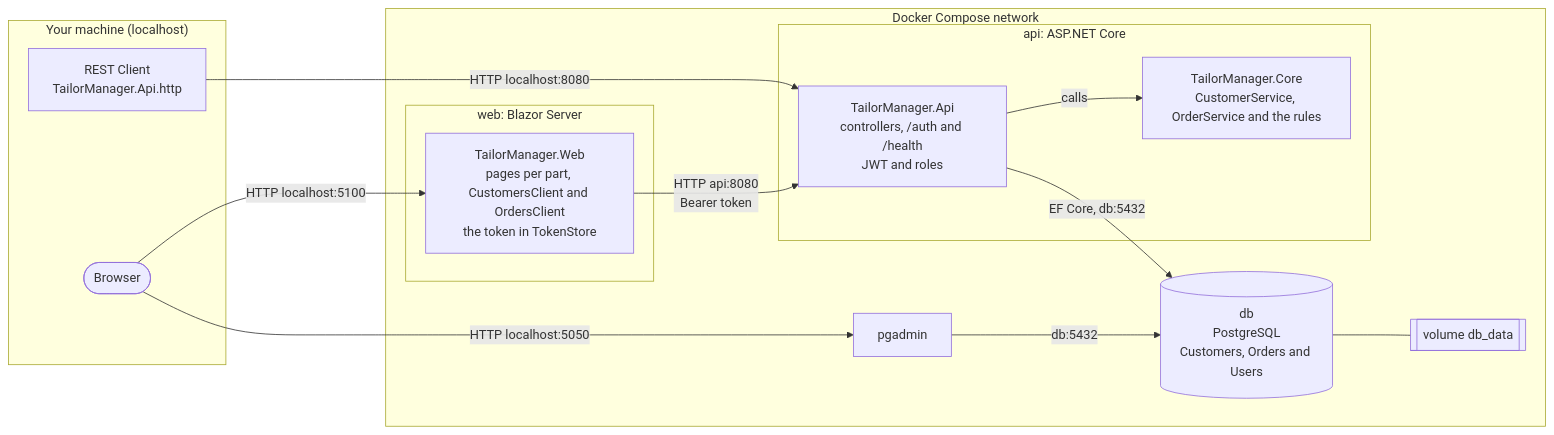
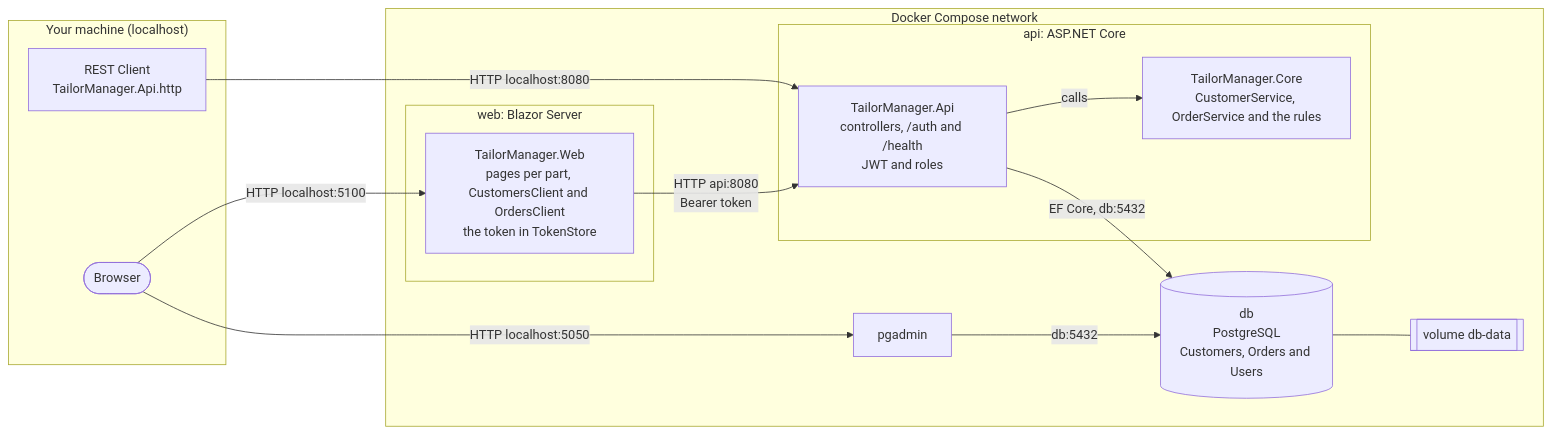
Before and after one commit to bj0594/TailorManager: the fifth of 7 diagrams in Documentation/Specification.md, drawn with Mermaid. The commit also changed other lines of this file and 2 other files, not shown here.

````diff
--- a/Documentation/Specification.md
+++ b/Documentation/Specification.md
@@ -242,30 +242,30 @@
 ```mermaid
 flowchart LR
     subgraph host["Your machine (localhost)"]
         browser(["Browser"])
         restclient["REST Client<br/>TailorManager.Api.http"]
     end
 
     subgraph compose["Docker Compose network"]
         subgraph web["web: Blazor Server"]
             webproj["TailorManager.Web<br/>pages per part, CustomersClient and OrdersClient<br/>the token in TokenStore"]
         end
         subgraph api["api: ASP.NET Core"]
             apiproj["TailorManager.Api<br/>controllers, /auth and /health<br/>JWT and roles"]
             core["TailorManager.Core<br/>CustomerService, OrderService and the rules"]
             apiproj -- "calls" --> core
         end
 
         db[("db<br/>PostgreSQL<br/>Customers, Orders and Users")]
-        vol[["volume db_data"]]
+        vol[["volume db-data"]]
         pgadmin["pgadmin"]
     end
 
     browser -- "HTTP localhost:5100" --> webproj
     webproj -- "HTTP api:8080<br/>Bearer token" --> apiproj
     restclient -- "HTTP localhost:8080" --> apiproj
     apiproj -- "EF Core, db:5432" --> db
     browser -- "HTTP localhost:5050" --> pgadmin
     pgadmin -- "db:5432" --> db
     db --- vol
 ```
````
